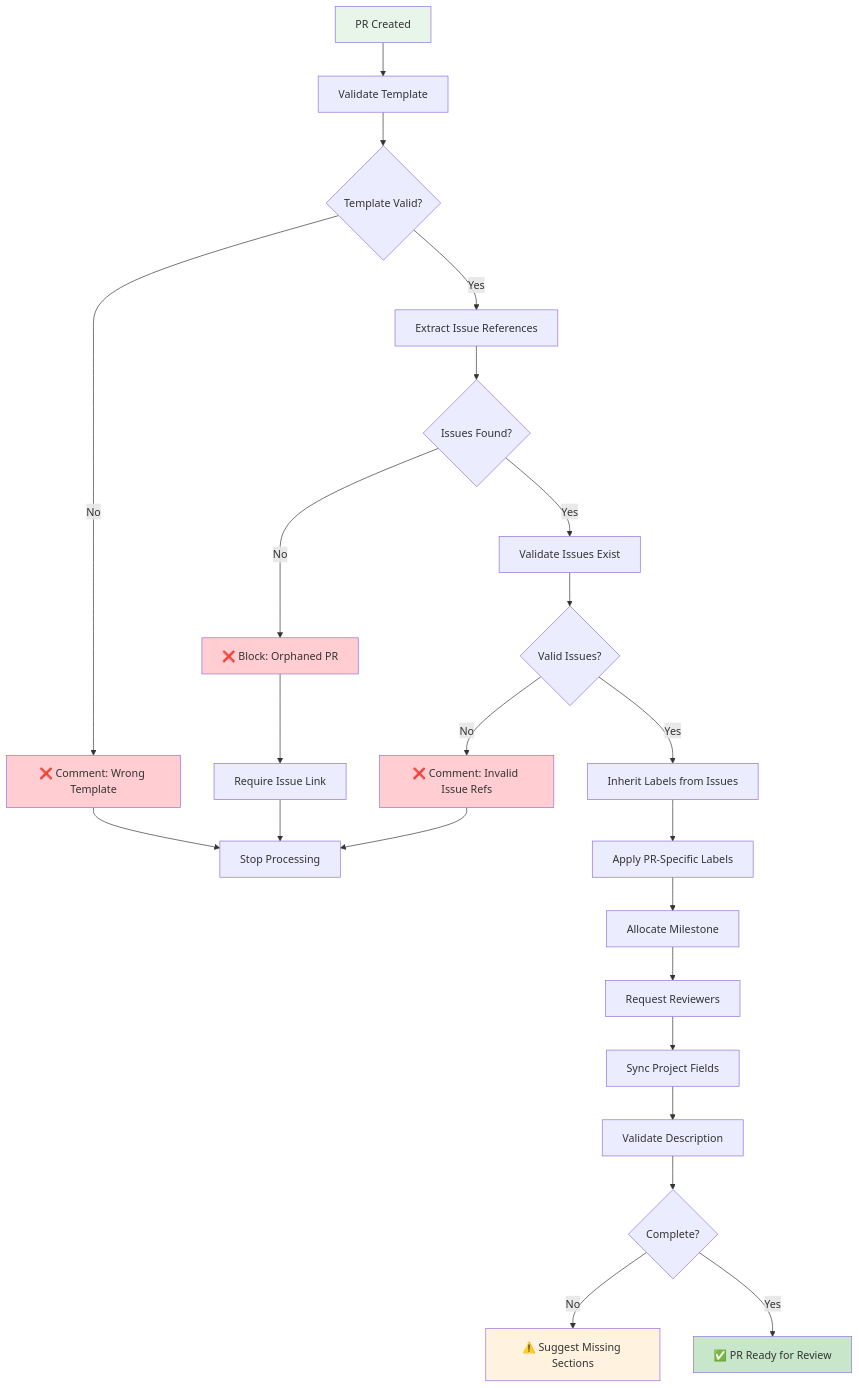
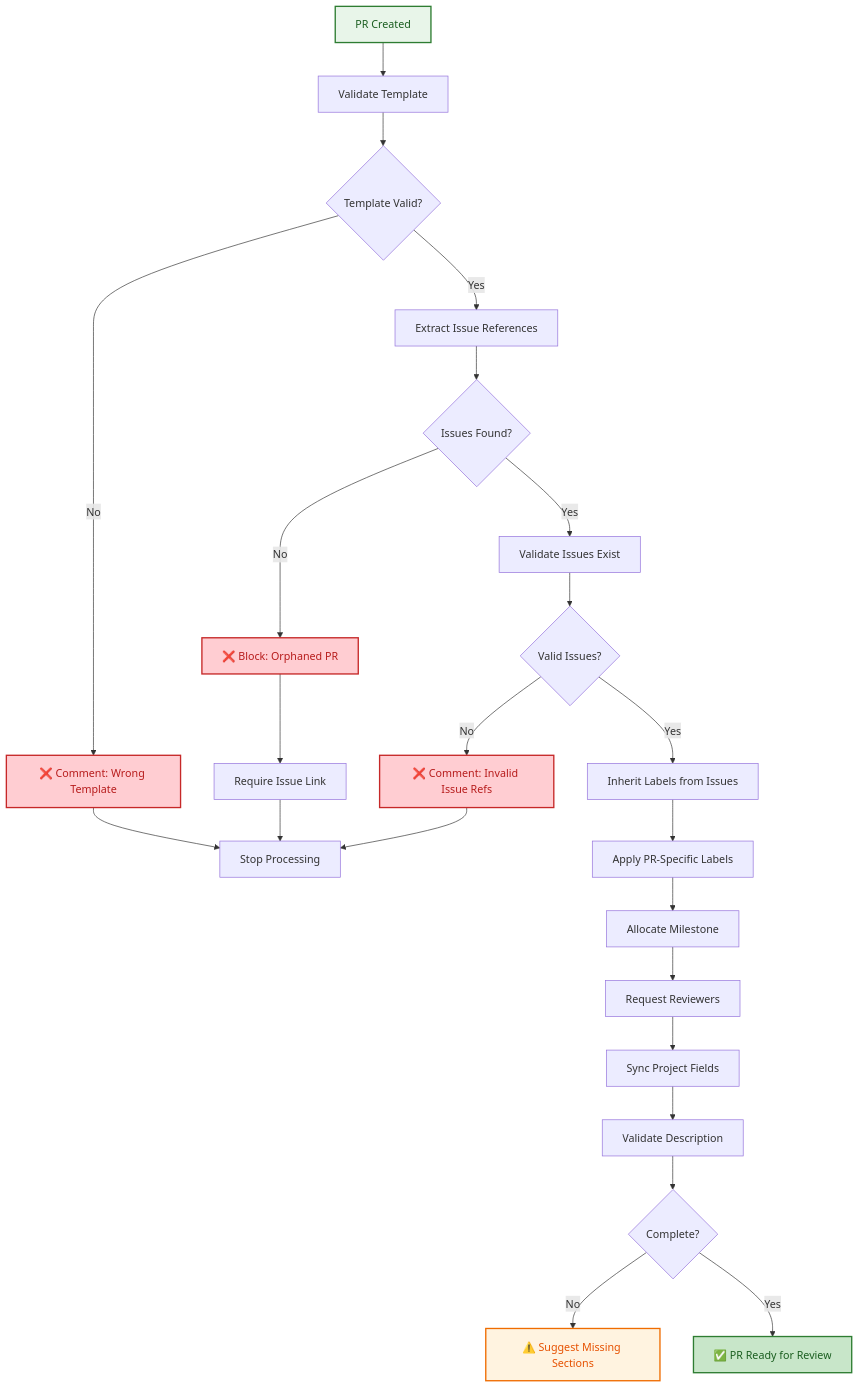
Before and after one commit to lightspeedwp/.github: the first of 3 diagrams in .github/projects/active/automation-consolidation-agentic-workflows-2026-09/PR_MANAGEMENT_AGENT_SPEC.md, drawn with Mermaid. The commit also changed other lines of this file and 4 other files, not shown here.

First line of the commit message:
Fix quick wins: reconcile effort estimates, add Mermaid accessibility, improve contrast

````diff
--- a/.github/projects/active/automation-consolidation-agentic-workflows-2026-09/PR_MANAGEMENT_AGENT_SPEC.md
+++ b/.github/projects/active/automation-consolidation-agentic-workflows-2026-09/PR_MANAGEMENT_AGENT_SPEC.md
@@ -123,39 +123,41 @@
 ```mermaid
 graph TD
+    accTitle: Pull request created decision tree
+    accDescr: Flowchart for PR validation including template check, issue reference validation, label inheritance, milestone allocation, and reviewer assignment
     A["PR Created"] --> B["Validate Template"]
     B --> C{Template Valid?}
     
     C -->|No| D["❌ Comment: Wrong Template"]
     D --> E["Stop Processing"]
     
     C -->|Yes| F["Extract Issue References"]
     F --> G{Issues Found?}
     
     G -->|No| H["❌ Block: Orphaned PR"]
     H --> I["Require Issue Link"]
     I --> E
     
     G -->|Yes| J["Validate Issues Exist"]
     J --> K{Valid Issues?}
     
     K -->|No| L["❌ Comment: Invalid Issue Refs"]
     L --> E
     
     K -->|Yes| M["Inherit Labels from Issues"]
     M --> N["Apply PR-Specific Labels"]
     N --> O["Allocate Milestone"]
     O --> P["Request Reviewers"]
     P --> Q["Sync Project Fields"]
     Q --> R["Validate Description"]
     R --> S{Complete?}
     
     S -->|No| T["⚠️ Suggest Missing Sections"]
     S -->|Yes| U["✅ PR Ready for Review"]
     
-    style A fill:#E8F5E9
-    style U fill:#C8E6C9
-    style D fill:#FFCDD2
-    style H fill:#FFCDD2
-    style L fill:#FFCDD2
-    style T fill:#FFF3E0
+    style A fill:#E8F5E9,stroke:#2E7D32,stroke-width:2px,color:#1B5E20
+    style U fill:#C8E6C9,stroke:#2E7D32,stroke-width:2px,color:#1B5E20
+    style D fill:#FFCDD2,stroke:#C62828,stroke-width:2px,color:#B71C1C
+    style H fill:#FFCDD2,stroke:#C62828,stroke-width:2px,color:#B71C1C
+    style L fill:#FFCDD2,stroke:#C62828,stroke-width:2px,color:#B71C1C
+    style T fill:#FFF3E0,stroke:#EF6C00,stroke-width:2px,color:#E65100
 ```
````
